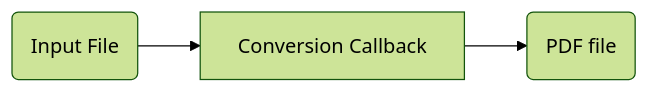
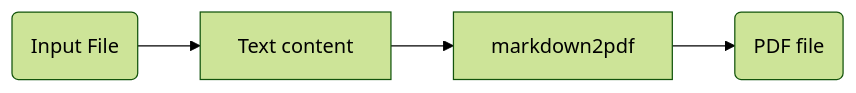
The fourth of 4 diagrams in README.md (AstraBert/PdfItDown), drawn with Mermaid (forest theme) before and after one commit. The commit also changed other lines of this file and 72 other files, not shown here.

````diff
--- a/README.md
+++ b/README.md
@@ -65,5 +63,6 @@
 ```mermaid
 graph LR
-2(Input File) -->  3[Conversion Callback]
-3[Conversion Callback] --> 4(PDF file)
+2(Input File) --> 3[Text content]
+3[Text content] --> 4[markdown2pdf]
+4[markdown2pdf] --> 5(PDF file)
 ```
````
